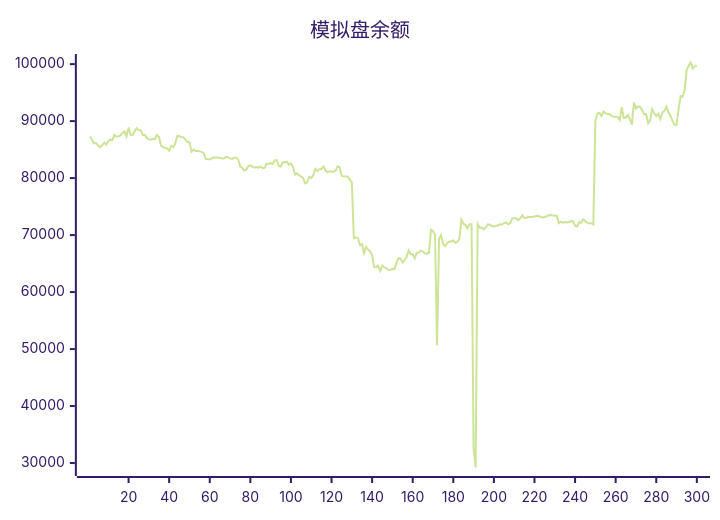
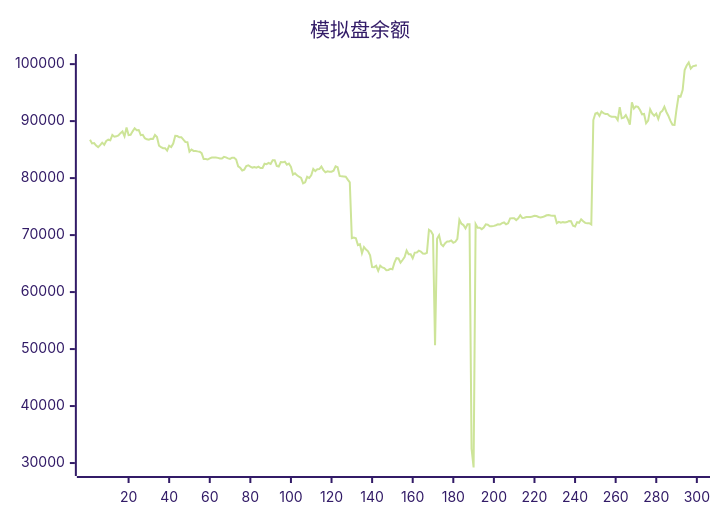
The diagram in README.md (aahl/ai-trading), drawn with Mermaid (forest theme) before and after one commit. The commit also changed other lines of this file and 1 other file, not shown here.

````diff
--- a/README.md
+++ b/README.md
@@ -5,5 +5,5 @@
 ```mermaid
 xychart
     title "模拟盘余额"
-    line [87313,86737,86094,86143,85725,85437,85787,86219,85859,86526,86740,86630,87563,87264,87335,87483,87886,88180,87335,88894,87544,87608,88207,88755,88401,88444,87543,87608,87000,86810,86740,86894,86884,87576,87209,85686,85435,85251,85255,84820,85689,85453,86066,87420,87373,87161,87178,86740,86341,86315,84643,85012,84772,84768,84690,84635,84376,83360,83357,83259,83474,83608,83606,83602,83548,83440,83454,83724,83644,83464,83365,83590,83592,83275,82072,81806,81344,81492,82109,82254,82006,81848,81955,81829,82022,81769,81776,82522,82441,82656,82498,83144,83144,82150,82038,82797,82763,82872,82367,82536,81981,80612,80862,80484,80242,80034,79063,79245,80226,80016,80507,81625,81233,81544,81578,82016,81401,81019,81186,81130,81118,81306,82066,81909,80392,80304,80291,80258,79729,79261,69466,69579,69456,68251,68415,66832,67911,67462,67144,66432,64380,64375,64606,63740,64647,64324,64216,63842,63877,64078,64008,65156,65945,65888,65157,65625,66144,67284,66653,66639,65924,66925,66956,67263,67108,66766,66729,66886,70927,70673,70049,50652,69334,69973,68400,68061,68578,68876,68879,69055,68662,68822,69329,72687,71999,71760,71162,71911,71896,32500,29218,71927,71297,71305,71044,71337,71883,71822,71536,71536,71622,71723,71880,71860,72100,72216,71887,72077,72940,72976,72966,72638,72948,73497,73004,73041,73173,73160,73186,73258,73375,73351,73173,73098,73161,73305,73474,73536,73457,73413,73412,72100,72333,72164,72272,72204,72285,72461,72421,71652,71521,72267,72157,72774,72424,72144,72060,72091,71858,90185,91338,91466,90900,91678,91404,91268,91244,90903,90779,90787,90721,90187,92429,90518,90619,91070,90328,89376,93286,92202,92581,92485,91947,91196,91259,89619,90086,92063,91355,90950,91327,90373,91498,91800,92531,91603,90910,90031,89351,89334,92097,94406,94315,95455,98972,99763,100286,99229,99622,99701]
+    line [86737,86094,86143,85725,85437,85787,86219,85859,86526,86740,86630,87563,87264,87335,87483,87886,88180,87335,88894,87544,87608,88207,88755,88401,88444,87543,87608,87000,86810,86740,86894,86884,87576,87209,85686,85435,85251,85255,84820,85689,85453,86066,87420,87373,87161,87178,86740,86341,86315,84643,85012,84772,84768,84690,84635,84376,83360,83357,83259,83474,83608,83606,83602,83548,83440,83454,83724,83644,83464,83365,83590,83592,83275,82072,81806,81344,81492,82109,82254,82006,81848,81955,81829,82022,81769,81776,82522,82441,82656,82498,83144,83144,82150,82038,82797,82763,82872,82367,82536,81981,80612,80862,80484,80242,80034,79063,79245,80226,80016,80507,81625,81233,81544,81578,82016,81401,81019,81186,81130,81118,81306,82066,81909,80392,80304,80291,80258,79729,79261,69466,69579,69456,68251,68415,66832,67911,67462,67144,66432,64380,64375,64606,63740,64647,64324,64216,63842,63877,64078,64008,65156,65945,65888,65157,65625,66144,67284,66653,66639,65924,66925,66956,67263,67108,66766,66729,66886,70927,70673,70049,50652,69334,69973,68400,68061,68578,68876,68879,69055,68662,68822,69329,72687,71999,71760,71162,71911,71896,32500,29218,71927,71297,71305,71044,71337,71883,71822,71536,71536,71622,71723,71880,71860,72100,72216,71887,72077,72940,72976,72966,72638,72948,73497,73004,73041,73173,73160,73186,73258,73375,73351,73173,73098,73161,73305,73474,73536,73457,73413,73412,72100,72333,72164,72272,72204,72285,72461,72421,71652,71521,72267,72157,72774,72424,72144,72060,72091,71858,90185,91338,91466,90900,91678,91404,91268,91244,90903,90779,90787,90721,90187,92429,90518,90619,91070,90328,89376,93286,92202,92581,92485,91947,91196,91259,89619,90086,92063,91355,90950,91327,90373,91498,91800,92531,91603,90910,90031,89351,89334,92097,94406,94315,95455,98972,99763,100286,99229,99622,99701,99805]
 ```
````
